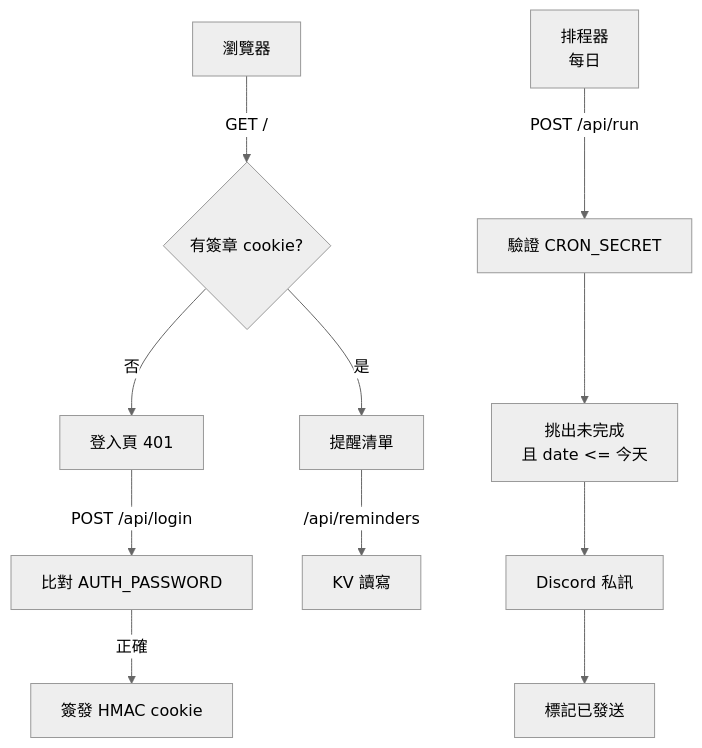
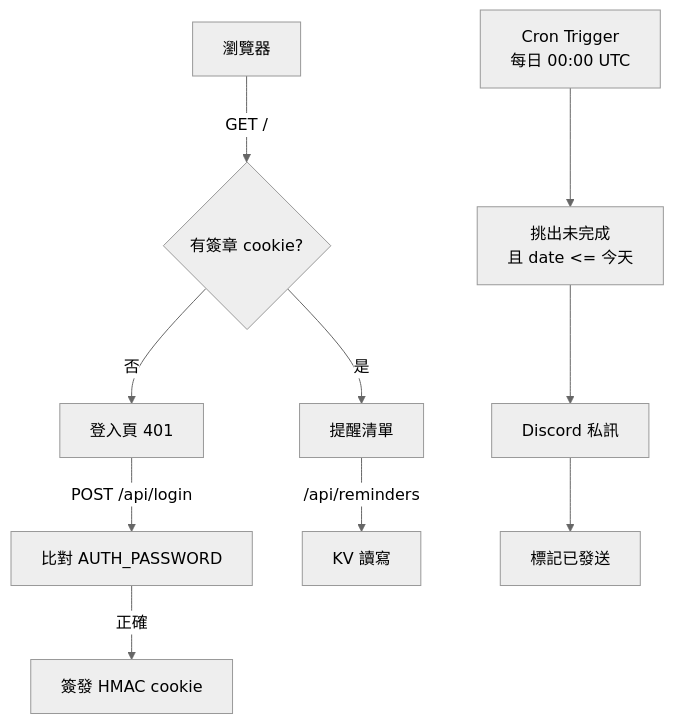
One commit to anton1615/reminder-bot changed the diagram in README.zh-TW.md. Above: the diagram before and after it, drawn with Mermaid (neutral theme). The commit also changed other lines of this file and 4 other files, not shown here.

````diff
--- a/README.zh-TW.md
+++ b/README.zh-TW.md
@@ -22,13 +22,12 @@
 ```mermaid
 graph TD
     A[瀏覽器] -->|GET /| B{有簽章 cookie?}
     B -->|否| C[登入頁 401]
     B -->|是| D[提醒清單]
     C -->|POST /api/login| E[比對 AUTH_PASSWORD]
     E -->|正確| F[簽發 HMAC cookie]
     D -->|/api/reminders| G[KV 讀寫]
-    H[排程器<br/>每日] -->|POST /api/run| I[驗證 CRON_SECRET]
-    I --> J[挑出未完成<br/>且 date <= 今天]
+    H[Cron Trigger<br/>每日 00:00 UTC] --> J[挑出未完成<br/>且 date <= 今天]
     J --> K[Discord 私訊]
     K --> L[標記已發送]
 ```
````
